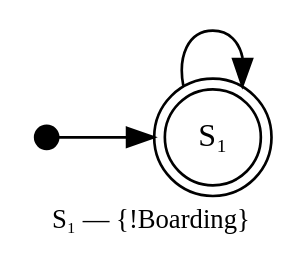
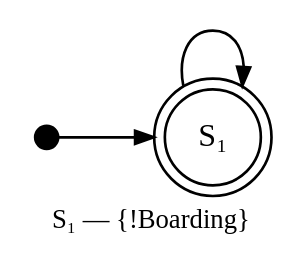
One commit to Pastor/Takt changed the diagram in book/src/17-showcase/images/lift-buchi.dot. Above: the diagram before and after it, drawn with Graphviz. The commit also changed 7 other files, not shown here.

```diff
--- a/book/src/17-showcase/images/lift-buchi.dot
+++ b/book/src/17-showcase/images/lift-buchi.dot
@@ -1,14 +1,14 @@
 digraph Buchi {
   rankdir=LR;
   fontname="GOST 2.304-81";
   fontsize=10;
   node [shape=circle, fixedsize=true, width=0.5, height=0.5, fontsize=12, fontname="GOST 2.304-81"];
-  edge [fontname="GOST 2.304-81"];
+  edge [arrowsize=0.7, fontname="GOST 2.304-81"];
   s0 [shape=doublecircle, label="S₁"];
   __start0 [shape=point, width=0.12];
   __start0 -> s0;
   s0 -> s0;
   label="S₁ — {!Boarding}\l";
   labelloc="b";
   labeljust="l";
 }
```
